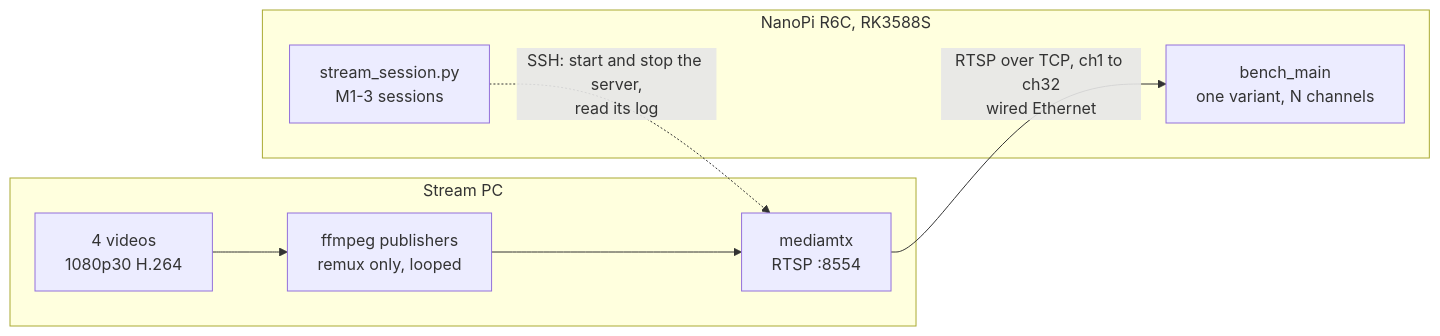
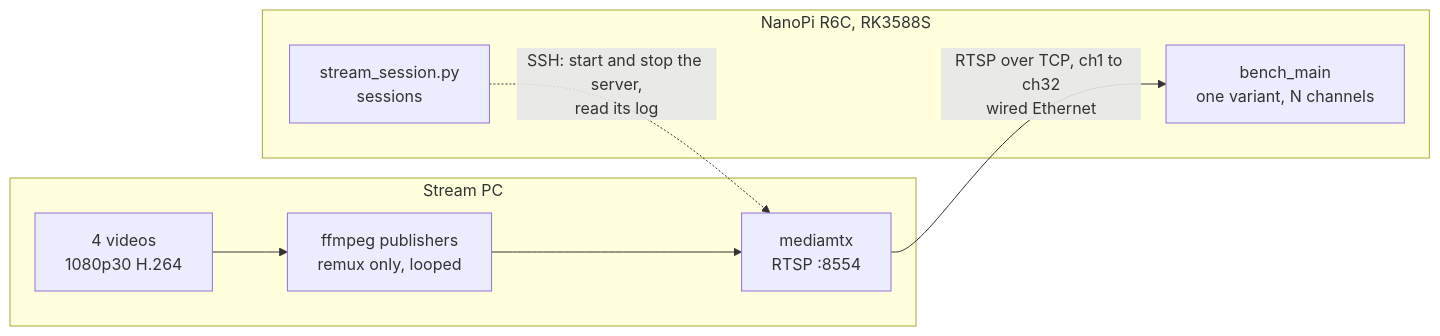
The first of 3 diagrams in README.md (eunkyo3/rk3588s-zero-copy), drawn with Mermaid before and after one commit. The commit also changed other lines of this file and 1 other file, not shown here.

````diff
--- a/README.md
+++ b/README.md
@@ -40,13 +57,13 @@
 ```mermaid
 flowchart LR
     subgraph PC["Stream PC"]
         V["4 videos<br>1080p30 H.264"] --> P["ffmpeg publishers<br>remux only, looped"]
         P --> M["mediamtx<br>RTSP :8554"]
     end
     subgraph BOARD["NanoPi R6C, RK3588S"]
         BM["bench_main<br>one variant, N channels"]
-        SS["stream_session.py<br>M1-3 sessions"]
+        SS["stream_session.py<br>sessions"]
     end
     M -- "RTSP over TCP, ch1 to ch32<br>wired Ethernet" --> BM
     SS -. "SSH: start and stop the server,<br>read its log" .-> M
 ```
````
